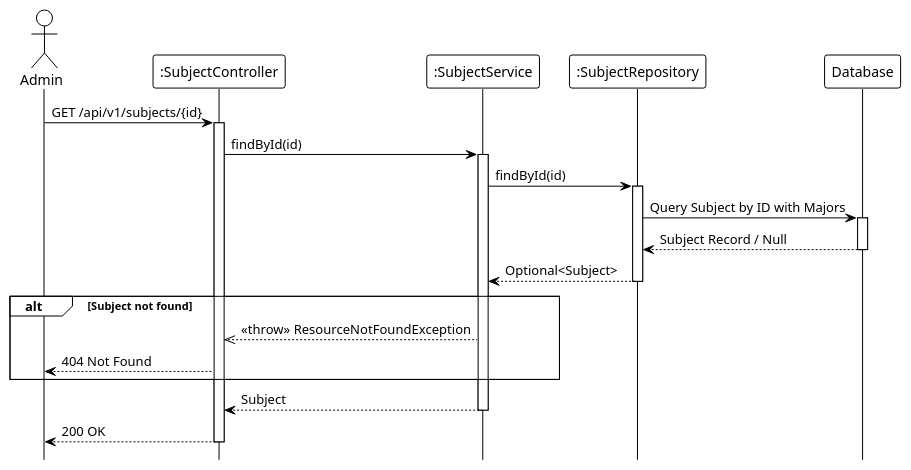
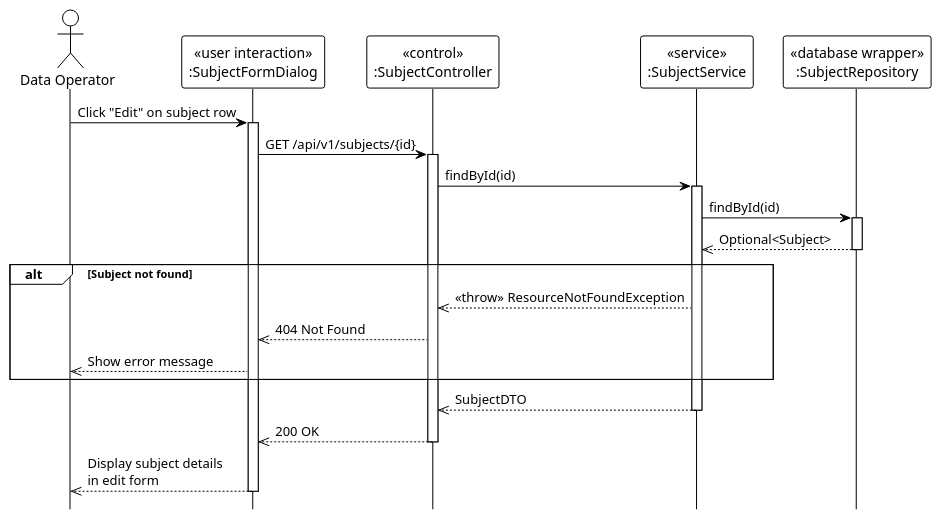
The diagram in system_detailed_design/18_view_subject_details/sequence_diagram_view_subject_details.puml (Ndh474/context), drawn with PlantUML before and after one commit. The commit also changed 5 other files, not shown here.

Commit message:
docs(system_detailed_design): add UML stereotypes to subject sequence diagrams

```diff
--- a/system_detailed_design/18_view_subject_details/sequence_diagram_view_subject_details.puml
+++ b/system_detailed_design/18_view_subject_details/sequence_diagram_view_subject_details.puml
@@ -1,41 +1,42 @@
 @startuml view_subject_details
 !theme plain
 hide footbox
 
-actor Admin
-participant ":SubjectController" as Controller
-participant ":SubjectService" as Service
-participant ":SubjectRepository" as Repository
-participant "Database" as DB
+actor "Data Operator" as DataOperator
 
-' --- MAIN FLOW ---
-Admin -> Controller: GET /api/v1/subjects/{id}
+participant "«user interaction»\n:SubjectFormDialog" as UI
+participant "«control»\n:SubjectController" as Controller
+participant "«service»\n:SubjectService" as Service
+participant "«database wrapper»\n:SubjectRepository" as Repository
+
+' === MAIN FLOW ===
+DataOperator -> UI: Click "Edit" on subject row
+activate UI
+
+UI -> Controller: GET /api/v1/subjects/{id}
 activate Controller
 
 Controller -> Service: findById(id)
 activate Service
 
 Service -> Repository: findById(id)
 activate Repository
-
-Repository -> DB: Query Subject by ID with Majors
-activate DB
-DB --> Repository: Subject Record / Null
-deactivate DB
-
-Repository --> Service: Optional<Subject>
+Repository -->> Service: Optional<Subject>
 deactivate Repository
 
-' --- VALIDATION LOGIC ---
 alt Subject not found
     Service -->> Controller: <<throw>> ResourceNotFoundException
-    Controller --> Admin: 404 Not Found
+    Controller -->> UI: 404 Not Found
+    UI -->> DataOperator: Show error message
 end
 
-Service --> Controller: Subject
+Service -->> Controller: SubjectDTO
 deactivate Service
 
-Controller --> Admin: 200 OK
+Controller -->> UI: 200 OK
 deactivate Controller
 
+UI -->> DataOperator: Display subject details\nin edit form
+deactivate UI
+
 @enduml
```
